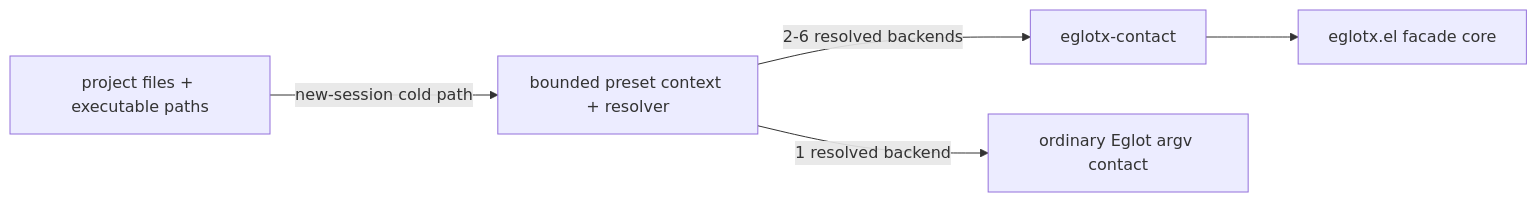
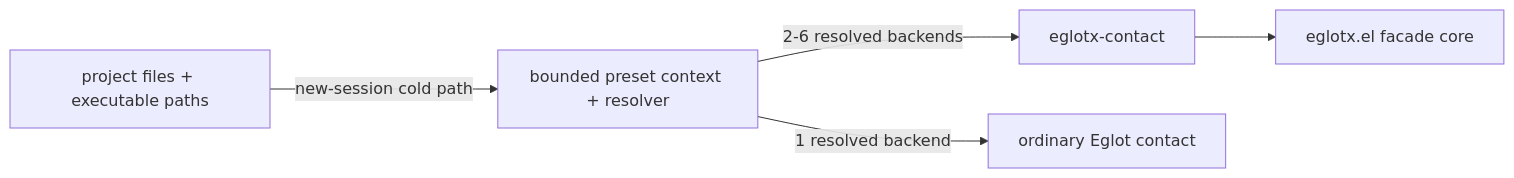
One commit to cxa/eglotx changed the second of 2 diagrams in docs/architecture.md. Above: the diagram before and after it, drawn with Mermaid. The commit also changed other lines of this file and 26 other files, not shown here.

````diff
--- a/docs/architecture.md
+++ b/docs/architecture.md
@@ -39,7 +39,7 @@
 ```mermaid
 flowchart LR
     P["project files + executable paths"] -->|"new-session cold path"| R["bounded preset context + resolver"]
     R -->|"2-6 resolved backends"| C["eglotx-contact"]
-    R -->|"1 resolved backend"| E["ordinary Eglot argv contact"]
+    R -->|"1 resolved backend"| E["ordinary Eglot contact"]
     C --> F["eglotx.el facade core"]
 ```
````
